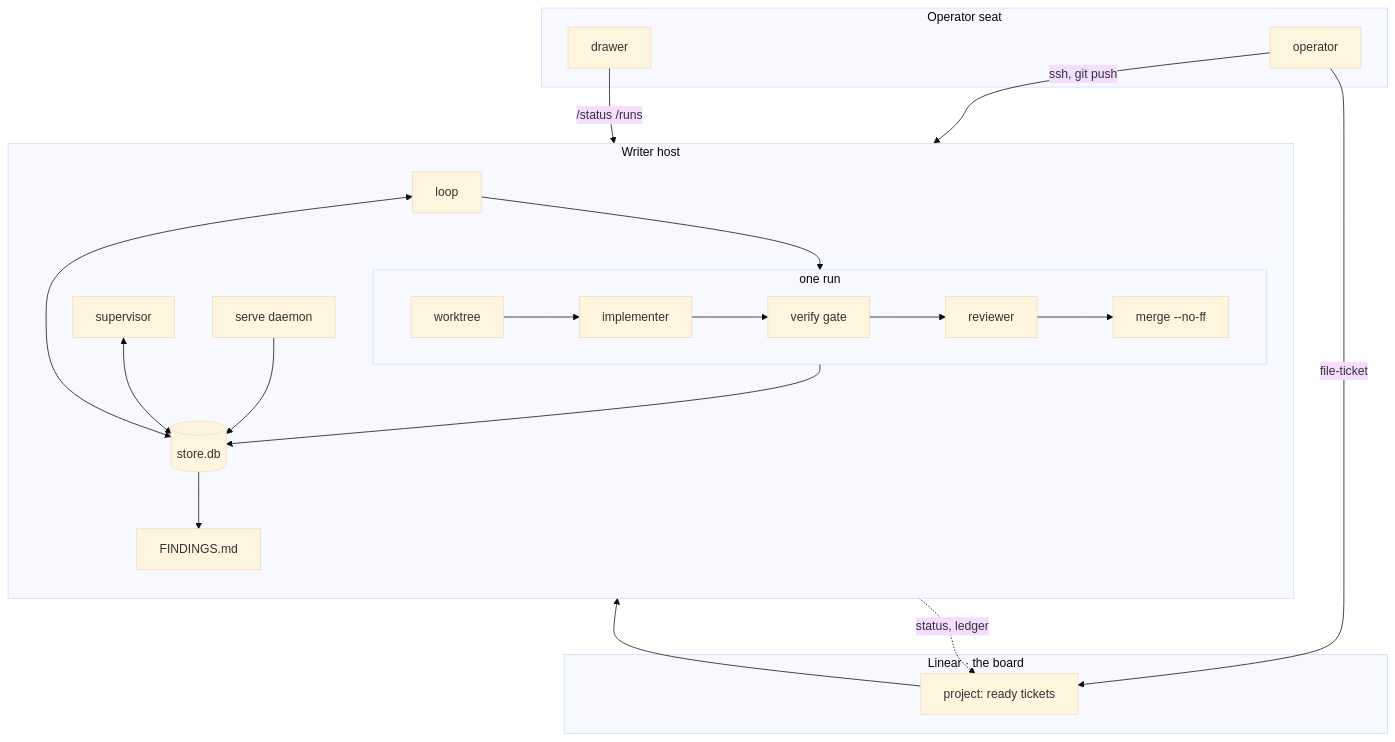
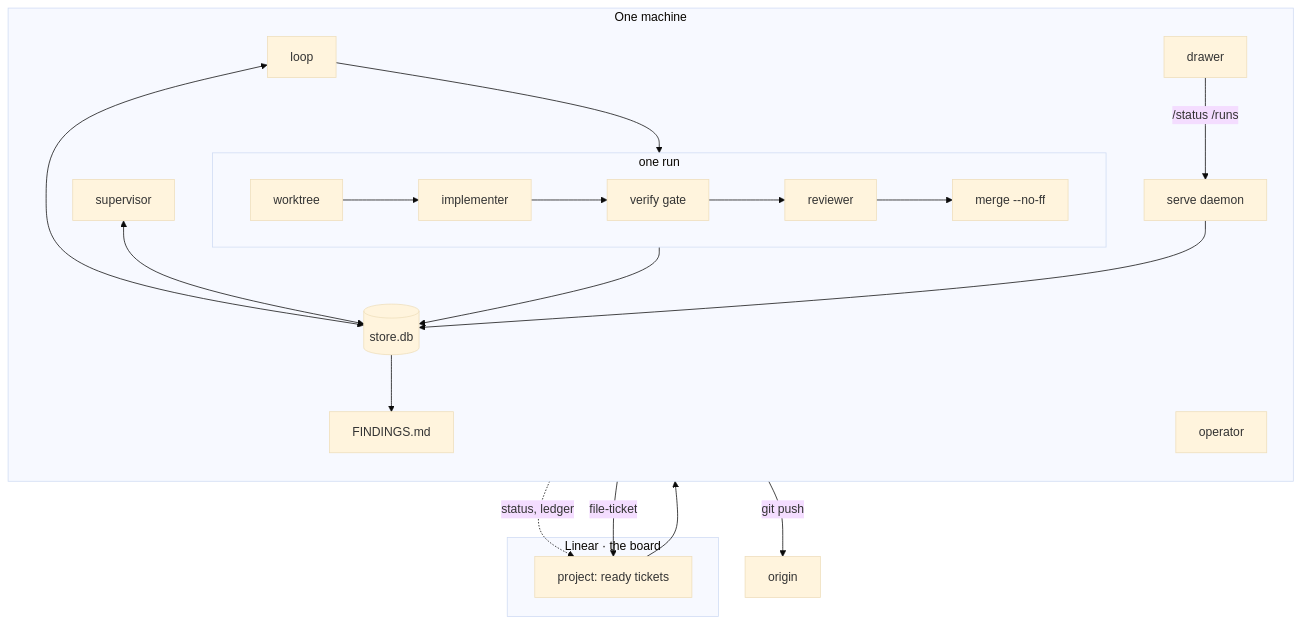
One commit to wevial/holophyte changed the diagram in docs/architecture/overview.md. Above: the diagram before and after it, drawn with Mermaid (base theme). The commit also changed other lines of this file and 12 other files, not shown here.

First line of the commit message:
KO-254: docs describe one machine first; the two-host setup is a second page

````diff
--- a/docs/architecture/overview.md
+++ b/docs/architecture/overview.md
@@ -8,33 +8,31 @@
 ```mermaid
 flowchart TB
   subgraph board[Linear · the board]
     L[project: ready tickets]
   end
-  subgraph writer[Writer host]
+  subgraph host[One machine]
     direction TB
     F[loop]
     SUP[supervisor]
     D[serve daemon]
     ST[(store.db)]
     subgraph run[one run]
       direction LR
       WT[worktree] --> IMP[implementer] --> VG[verify gate] --> RR[reviewer] --> M[merge --no-ff]
     end
     FD[FINDINGS.md]
-  end
-  subgraph seat[Operator seat]
     DR[drawer]
     OP[operator]
   end
   L --> F
   F --> run
   F <--> ST
   SUP <--> ST
   D --> ST
   M --> ST
   ST --> FD
   ST -. status, ledger .-> L
   DR -- /status /runs --> D
-  OP -- ssh, git push --> writer
+  OP -- git push --> GH[origin]
   OP -- file-ticket --> L
 ```
````
